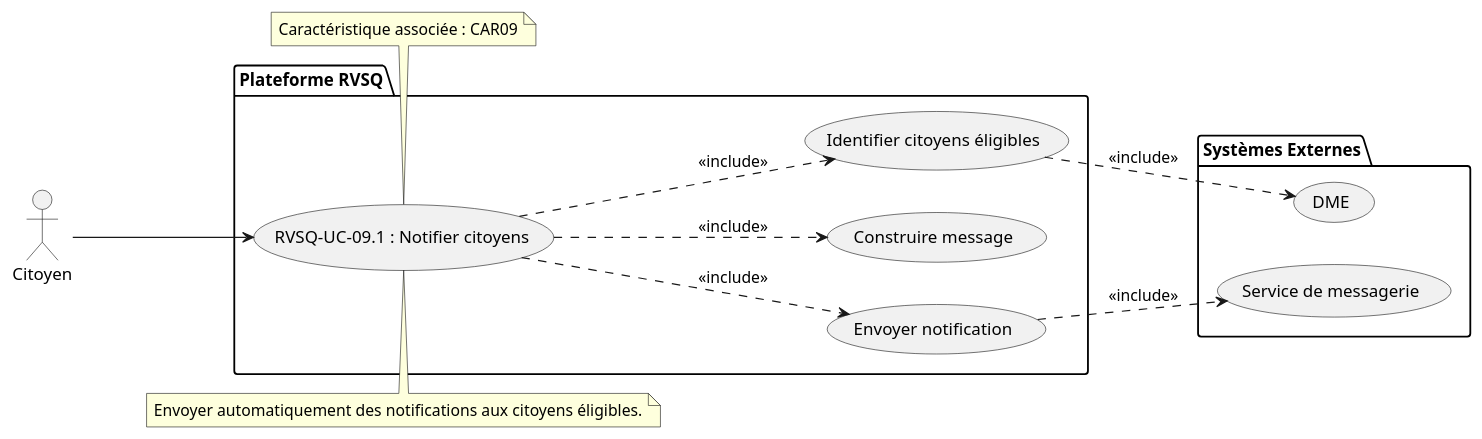
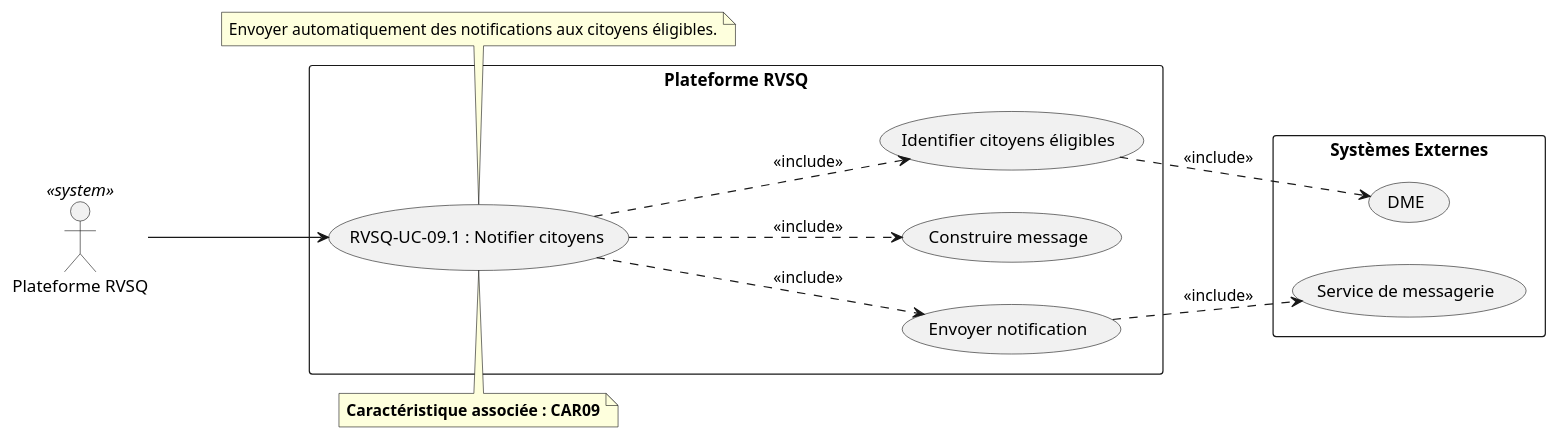
Before and after one commit to serghino/use-cases-RVSQ: the diagram in RVSQ-UC-09_1_Notifier_Citoyens.puml, drawn with PlantUML. The commit also changed 25 other files, not shown here.

```diff
--- a/RVSQ-UC-09_1_Notifier_Citoyens.puml
+++ b/RVSQ-UC-09_1_Notifier_Citoyens.puml
@@ -1,32 +1,33 @@
 @startuml RVSQ-UC-09_1_Notifier_Citoyens
 left to right direction
-actor "Citoyen" as a1
 
-package "Plateforme RVSQ" {
+actor "Plateforme RVSQ" as RVSQActor <<system>>
+
+rectangle "Plateforme RVSQ" {
   usecase "RVSQ-UC-09.1 : Notifier citoyens" as UC091
-  usecase "Identifier citoyens éligibles" as UC091_1
-  usecase "Construire message" as UC091_2
-  usecase "Envoyer notification" as UC091_3
+  usecase "Identifier citoyens éligibles" as UC091_A
+  usecase "Construire message" as UC091_B
+  usecase "Envoyer notification" as UC091_C
 }
 
-package "Systèmes Externes" {
+rectangle "Systèmes Externes" {
   usecase "DME" as DME
   usecase "Service de messagerie" as MSG
 }
 
-a1 --> UC091
+RVSQActor --> UC091
+UC091 ..> UC091_A : <<include>>
+UC091 ..> UC091_B : <<include>>
+UC091 ..> UC091_C : <<include>>
 
-UC091 ..> UC091_1 : <<include>>
-UC091 ..> UC091_2 : <<include>>
-UC091 ..> UC091_3 : <<include>>
-UC091_1 ..> DME : <<include>>
-UC091_3 ..> MSG : <<include>>
+UC091_A ..> DME : <<include>>
+UC091_C ..> MSG : <<include>>
 
 note top of UC091
-Envoyer automatiquement des notifications aux citoyens éligibles.
+  **Caractéristique associée : CAR09**
 end note
 
 note bottom of UC091
-Caractéristique associée : CAR09
+  Envoyer automatiquement des notifications aux citoyens éligibles.
 end note
 @enduml
```
